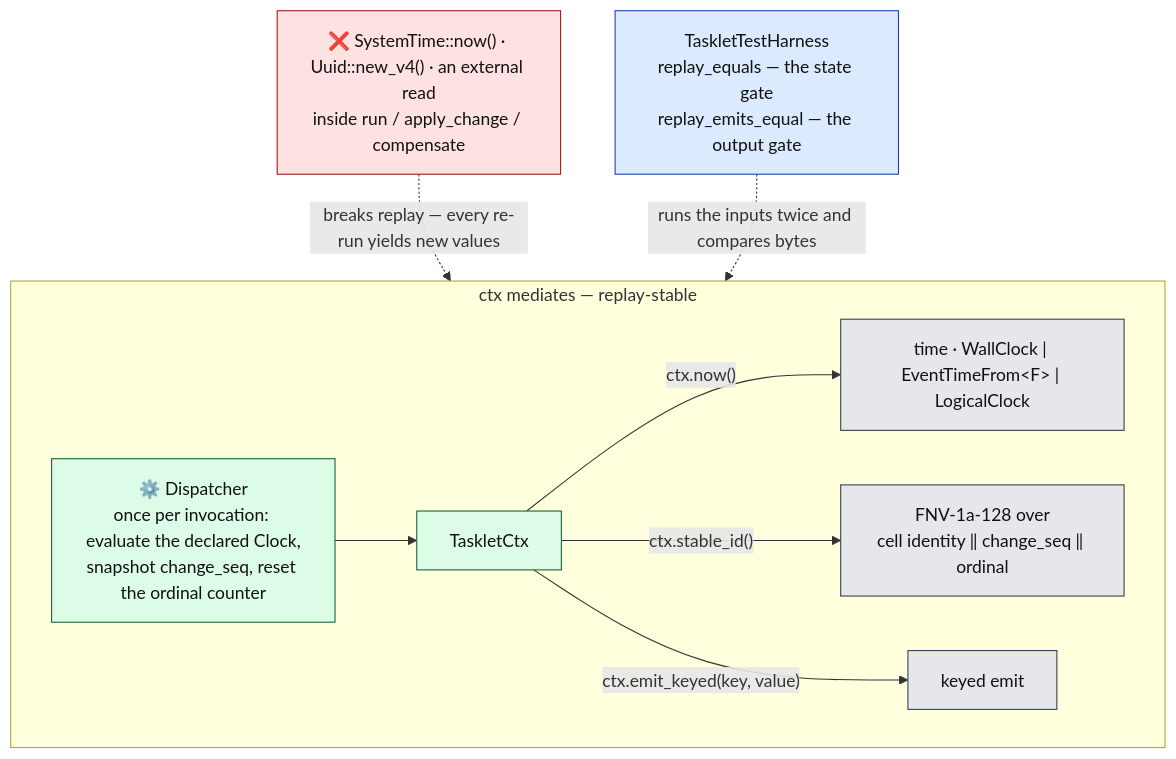
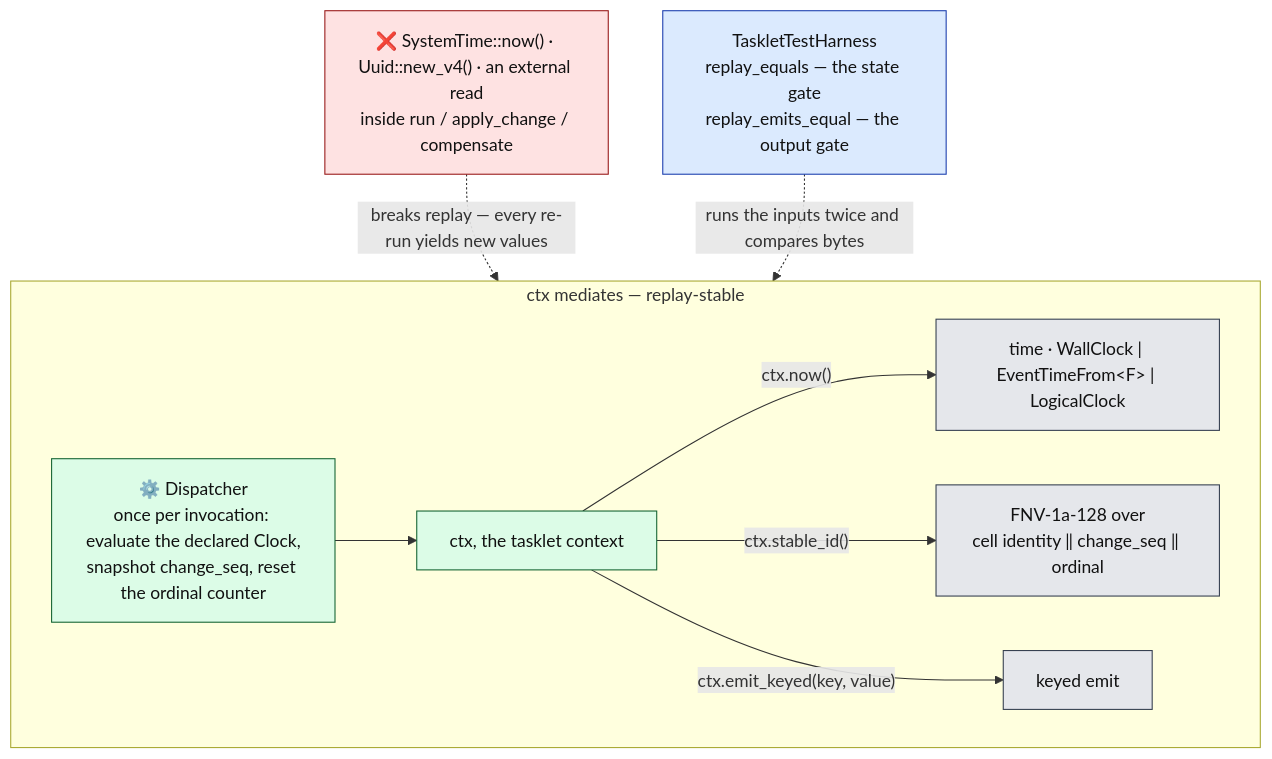
One commit to Flezha/flezha changed the ninth of 17 diagrams in docs/architecture/kernel.md. Above: the diagram before and after it, drawn with Mermaid. The commit also changed 23 other files, not shown here.

````diff
--- a/docs/architecture/kernel.md
+++ b/docs/architecture/kernel.md
@@ -451,21 +451,21 @@
 ```mermaid
 flowchart TB
     subgraph GOOD["ctx mediates — replay-stable"]
         DISP["⚙️ Dispatcher<br/>once per invocation: evaluate the declared Clock,<br/>snapshot change_seq, reset the ordinal counter"]:::exec
-        CTX["TaskletCtx"]:::exec
+        CTX["ctx, the tasklet context"]:::exec
         DISP --> CTX
         CTX -->|"ctx.now()"| T["time · WallClock | EventTimeFrom&lt;F&gt; | LogicalClock"]:::store
         CTX -->|"ctx.stable_id()"| ID["FNV-1a-128 over<br/>cell identity ‖ change_seq ‖ ordinal"]:::store
         CTX -->|"ctx.emit_keyed(key, value)"| EM["keyed emit"]:::store
     end
     BAD["❌ SystemTime::now() · Uuid::new_v4() · an external read<br/>inside run / apply_change / compensate"]:::risk
     HARNESS["TaskletTestHarness<br/>replay_equals — the state gate<br/>replay_emits_equal — the output gate"]:::ctrl
 
     BAD -.->|"breaks replay — every re-run yields new values"| GOOD
     HARNESS -.->|"runs the inputs twice and compares bytes"| GOOD
 
     classDef ctrl fill:#dbeafe,stroke:#1e40af,color:#111
     classDef exec fill:#dcfce7,stroke:#166534,color:#111
     classDef store fill:#e5e7eb,stroke:#374151,color:#111
     classDef risk fill:#fee2e2,stroke:#991b1b,color:#111
 ```
````
